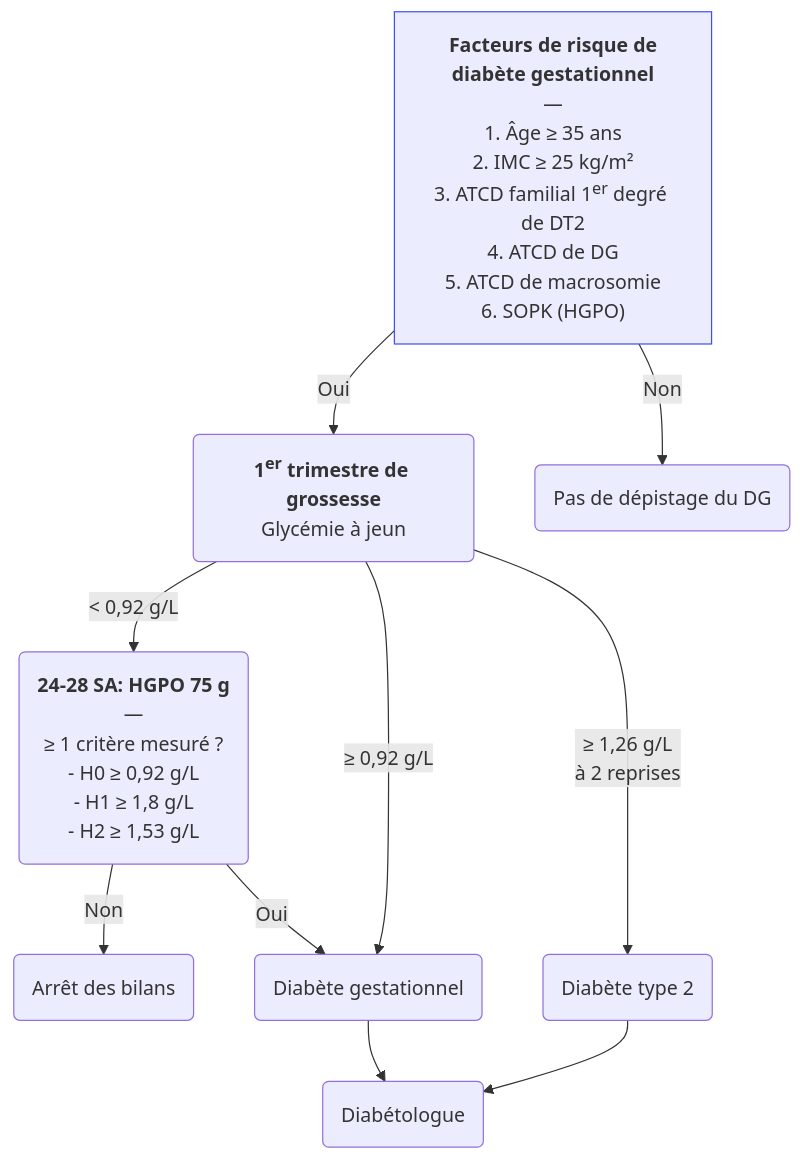
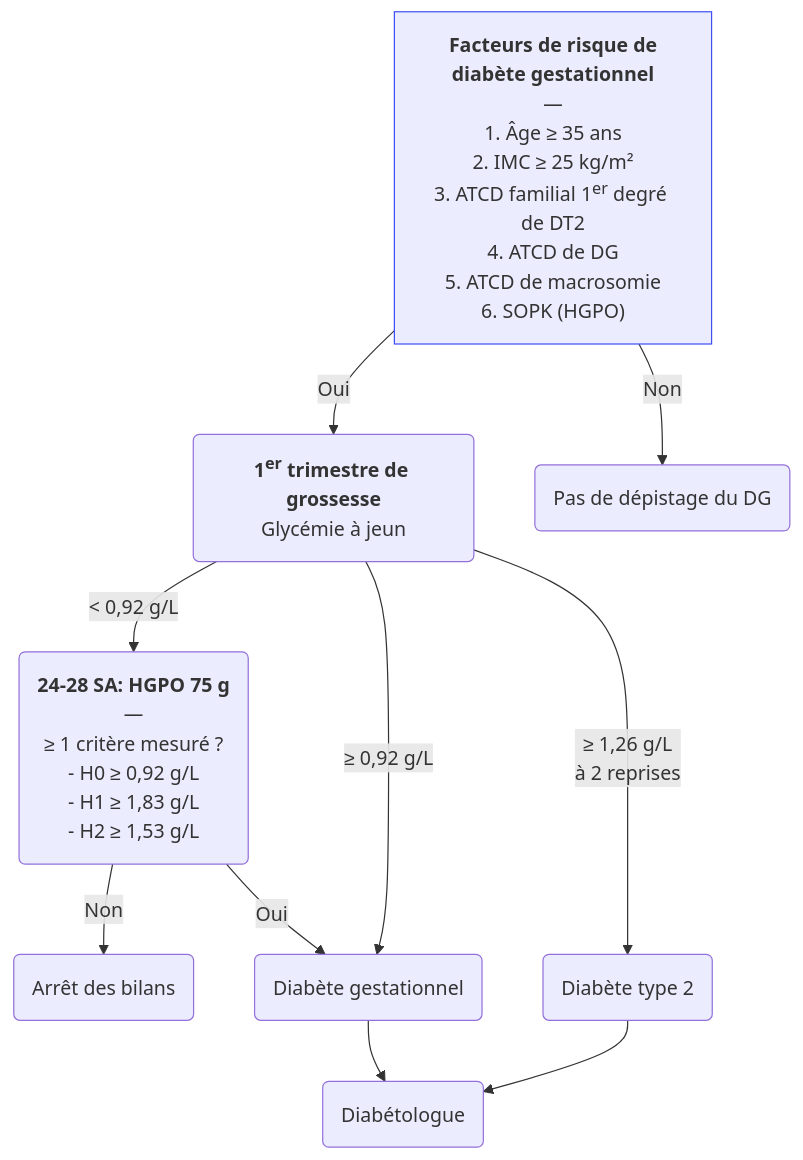
Before and after one commit to djibe/recommandations-medicales: the diagram in content/recommandations/diabete-gestationnel.md, drawn with Mermaid. The commit also changed other lines of this file and 2 other files, not shown here.

```diff
--- a/content/recommandations/diabete-gestationnel.md
+++ b/content/recommandations/diabete-gestationnel.md
@@ -217,14 +219,14 @@
 {{< mermaid title="Conduite à tenir pour le dépistage et la prise en charge du diabète gestationnel. Dr JB Fron d'après HAS 2025, SFD/CNGOF 2010" >}}
 graph TB
 fdr["<b>Facteurs de risque de<br>diabète gestationnel</b><br>—<br>1. Âge ≥ 35 ans<br>2. IMC ≥ 25 kg/m²<br>3. ATCD familial 1<sup>er</sup> degré de DT2<br>4. ATCD de DG<br>5. ATCD de macrosomie<br>6. SOPK (HGPO)"]
 style fdr stroke:#4150f5, stroke-width:1px
   fdr -- Oui --> gaj("<b>1<sup>er</sup> trimestre de grossesse</b><br>Glycémie à jeun")
-    gaj -- "&lt; 0,92 g/L" --> hgpo("<b>24-28 SA: HGPO 75 g</b><br>—<br>≥ 1 critère mesuré ?<br>- H0 ≥ 0,92 g/L<br>- H1 ≥ 1,8 g/L<br>- H2 ≥ 1,53 g/L")
+    gaj -- "&lt; 0,92 g/L" --> hgpo("<b>24-28 SA: HGPO 75 g</b><br>—<br>≥ 1 critère mesuré ?<br>- H0 ≥ 0,92 g/L<br>- H1 ≥ 1,83 g/L<br>- H2 ≥ 1,53 g/L")
       hgpo -- Non --> arret2(Arrêt des bilans)
       hgpo -- Oui --> DG
     gaj -- "≥ 0,92 g/L" --> DG(Diabète gestationnel)
       DG --> diabeto(Diabétologue)
     gaj -- "≥ 1,26 g/L<br>à 2 reprises" --> DT2(Diabète type 2)
       DT2 --> diabeto
   fdr -- Non --> arret(Pas de dépistage du DG)
 {{< /mermaid >}}
```
